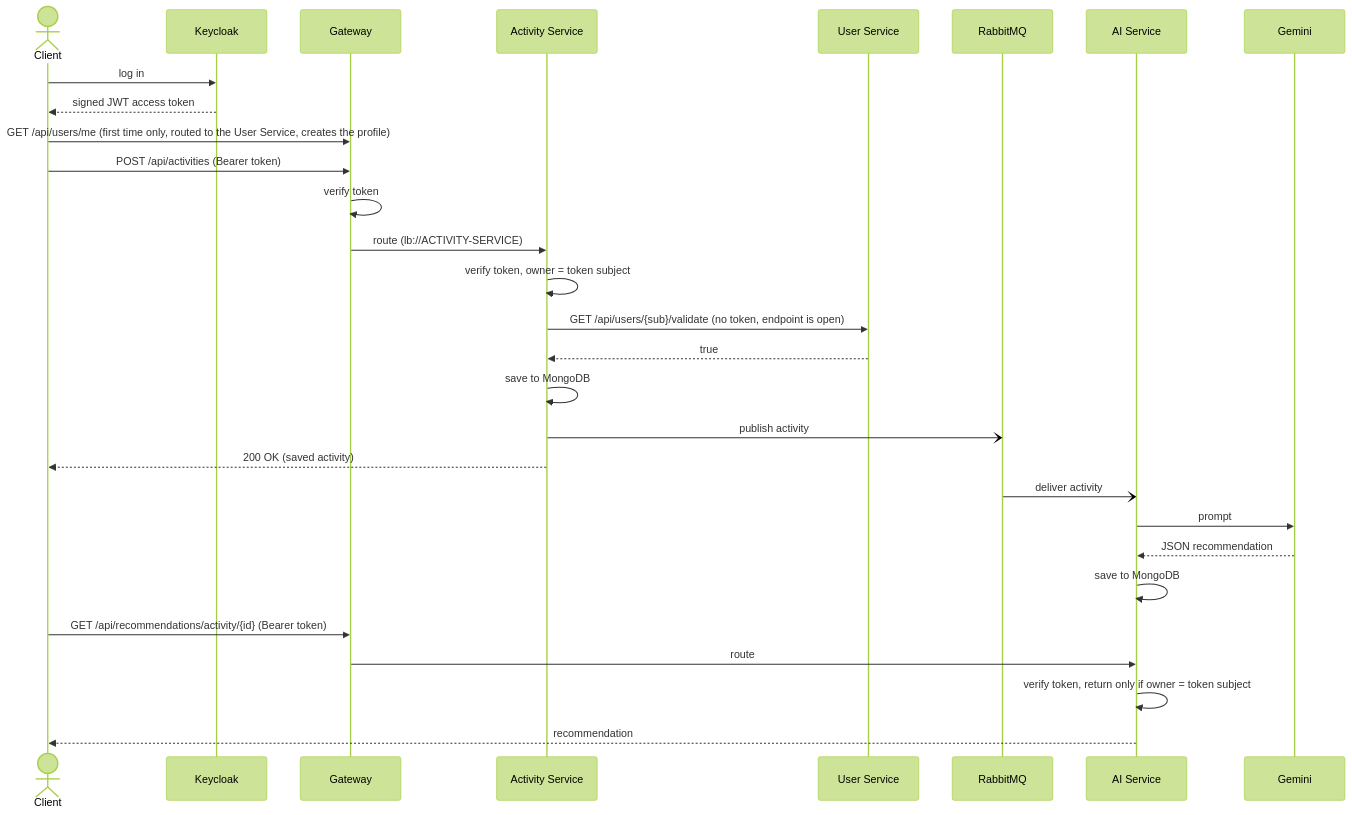
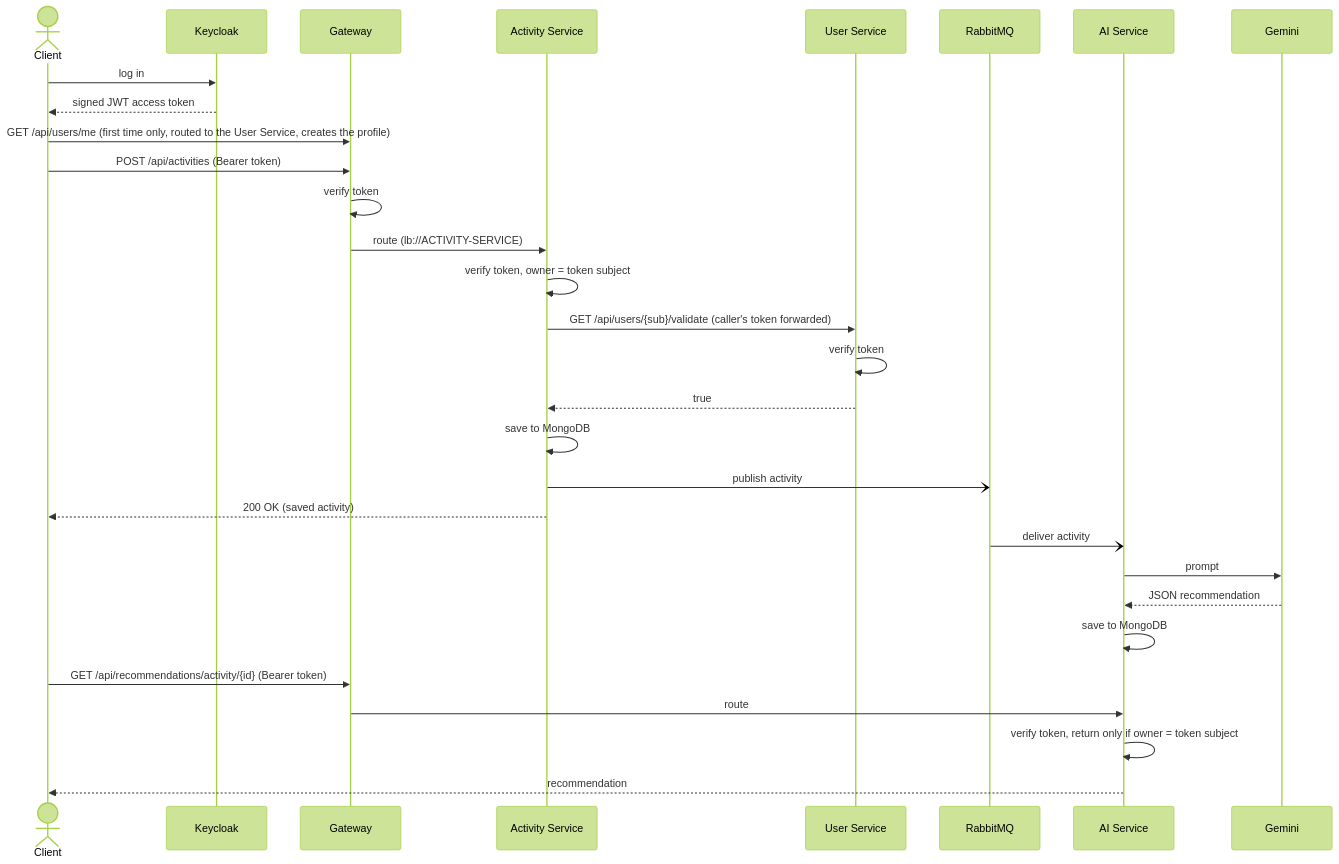
The second of 2 diagrams in README.md (KaraboMatsepane/repwise), drawn with Mermaid (forest theme) before and after one commit. The commit also changed other lines of this file and 5 other files, not shown here.

First line of the commit message:
feat: forward the caller's token to the user service and close the open /validate endpoint

````diff
--- a/README.md
+++ b/README.md
@@ -73,32 +73,33 @@
 ```mermaid
 sequenceDiagram
     actor C as Client
     participant K as Keycloak
     participant G as Gateway
     participant A as Activity Service
     participant U as User Service
     participant Q as RabbitMQ
     participant R as AI Service
     participant M as Gemini
 
     C->>K: log in
     K-->>C: signed JWT access token
     C->>G: GET /api/users/me (first time only, routed to the User Service, creates the profile)
     C->>G: POST /api/activities (Bearer token)
     G->>G: verify token
     G->>A: route (lb://ACTIVITY-SERVICE)
     A->>A: verify token, owner = token subject
-    A->>U: GET /api/users/{sub}/validate (no token, endpoint is open)
+    A->>U: GET /api/users/{sub}/validate (caller's token forwarded)
+    U->>U: verify token
     U-->>A: true
     A->>A: save to MongoDB
     A-)Q: publish activity
     A-->>C: 200 OK (saved activity)
     Q-)R: deliver activity
     R->>M: prompt
     M-->>R: JSON recommendation
     R->>R: save to MongoDB
     C->>G: GET /api/recommendations/activity/{id} (Bearer token)
     G->>R: route
     R->>R: verify token, return only if owner = token subject
     R-->>C: recommendation
 ```
````
